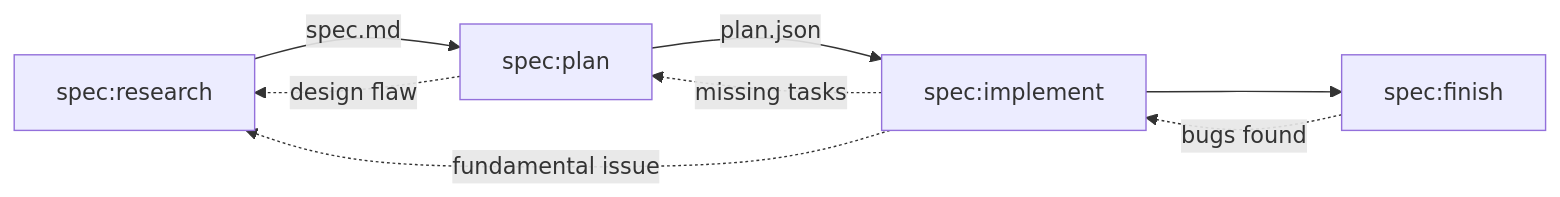
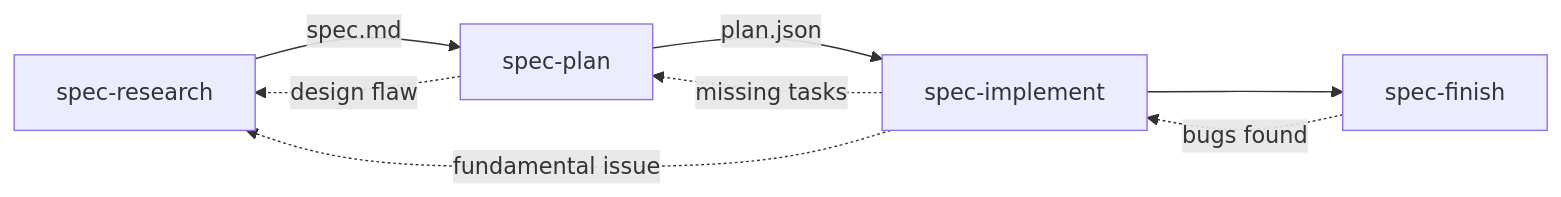
One commit to martinffx/atelier changed the diagram in README.md. Above: the diagram before and after it, drawn with Mermaid. The commit also changed other lines of this file and 174 other files, not shown here.

````diff
--- a/README.md
+++ b/README.md
@@ -84,11 +84,11 @@
 ```mermaid
 graph LR
-    A[spec:research] -->|spec.md| B[spec:plan]
-    B -->|plan.json| C[spec:implement]
-    C --> D[spec:finish]
+    A[spec-research] -->|spec.md| B[spec-plan]
+    B -->|plan.json| C[spec-implement]
+    C --> D[spec-finish]
     
     B -.->|design flaw| A
     C -.->|missing tasks| B
     C -.->|fundamental issue| A
     D -.->|bugs found| C
 ```
````
